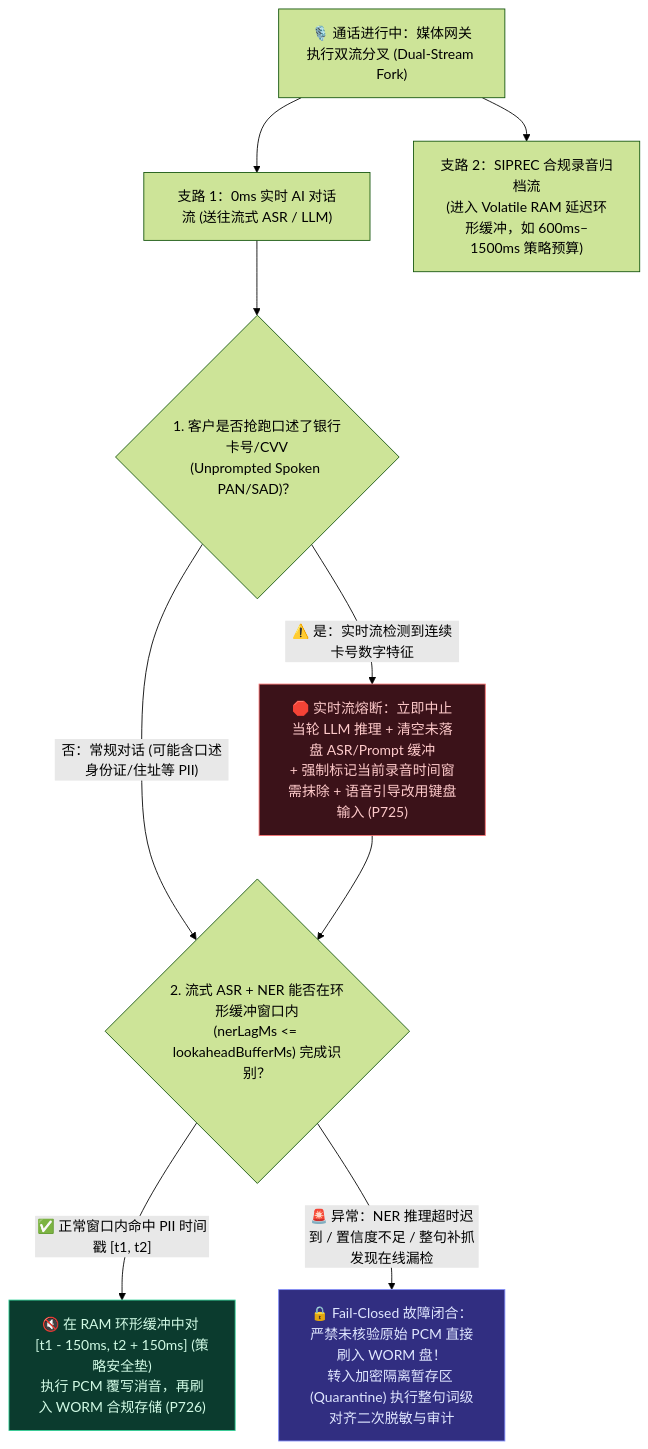
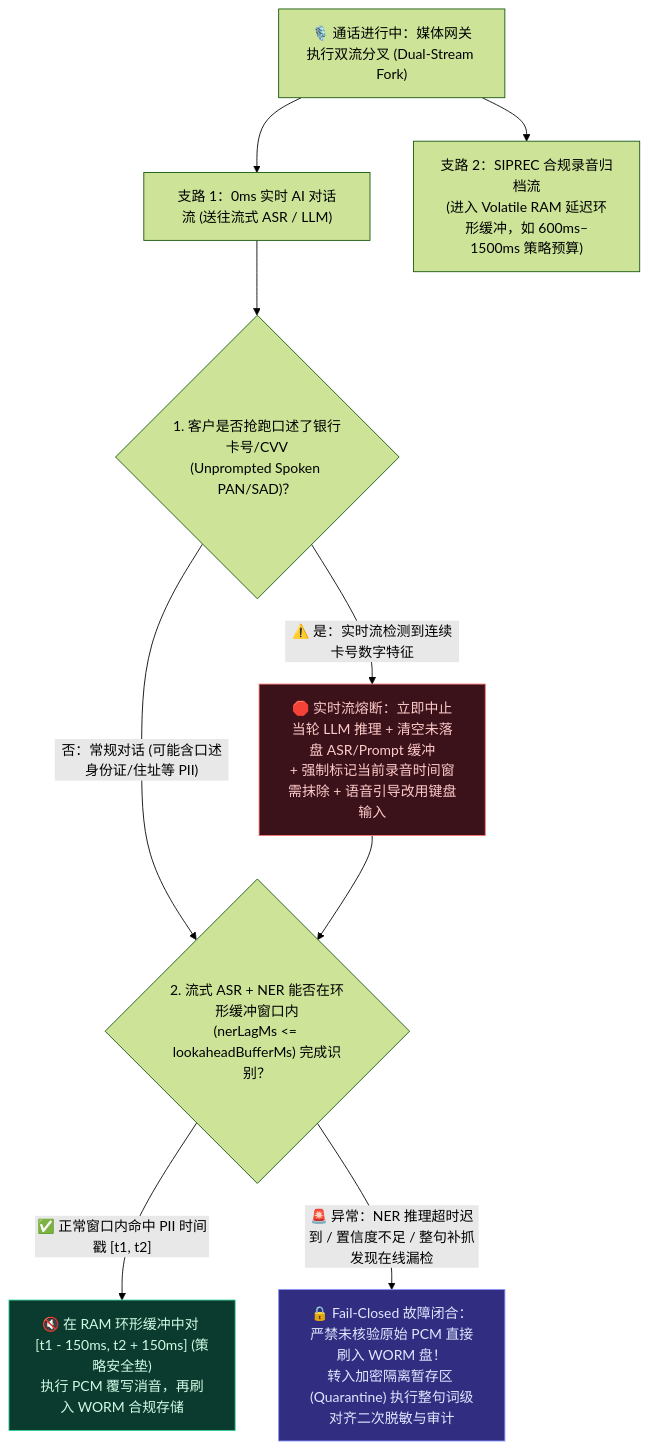
The first of 3 diagrams in docs/siprec-pii-audio-redaction-faq.md (turbo998/voice-agent-lab), drawn with Mermaid (forest theme) before and after one commit. The commit also changed other lines of this file and 715 other files, not shown here.

````diff
--- a/docs/siprec-pii-audio-redaction-faq.md
+++ b/docs/siprec-pii-audio-redaction-faq.md
@@ -63,15 +63,15 @@
 ```mermaid
 flowchart TD
-    A["🎙️ 通话进行中：媒体网关执行双流分叉 (Dual-Stream Fork)"] --> B["支路 1：0ms 实时 AI 对话流 (送往流式 ASR / LLM)"]
-    A --> C["支路 2：SIPREC 合规录音归档流<br/>(进入 Volatile RAM 延迟环形缓冲，如 600ms–1500ms 策略预算)"]
-    B --> D{"1. 客户是否抢跑口述了银行卡号/CVV<br/>(Unprompted Spoken PAN/SAD)？"}
-    D -- "⚠️ 是：实时流检测到连续卡号数字特征" --> E["🛑 实时流熔断：立即中止当轮 LLM 推理 + 清空未落盘 ASR/Prompt 缓冲<br/>+ 强制标记当前录音时间窗需抹除 + 语音引导改用键盘输入 (P725)"]
-    D -- "否：常规对话 (可能含口述身份证/住址等 PII)" --> F{"2. 流式 ASR + NER 能否在环形缓冲窗口内<br/>(nerLagMs <= lookaheadBufferMs) 完成识别？"}
-    E --> F
-    F -- "✅ 正常窗口内命中 PII 时间戳 [t1, t2]" --> G["🔇 在 RAM 环形缓冲中对 [t1 - 150ms, t2 + 150ms] (策略安全垫)<br/>执行 PCM 覆写消音，再刷入 WORM 合规存储 (P726)"]
-    F -- "🚨 异常：NER 推理超时迟到 / 置信度不足 / 整句补抓发现在线漏检" --> H["🔒 Fail-Closed 故障闭合：严禁未核验原始 PCM 直接刷入 WORM 盘！<br/>转入加密隔离暂存区 (Quarantine) 执行整句词级对齐二次脱敏与审计"]
+ A["🎙️ 通话进行中：媒体网关执行双流分叉 (Dual-Stream Fork)"] --> B["支路 1：0ms 实时 AI 对话流 (送往流式 ASR / LLM)"]
+ A --> C["支路 2：SIPREC 合规录音归档流<br/>(进入 Volatile RAM 延迟环形缓冲，如 600ms–1500ms 策略预算)"]
+ B --> D{"1. 客户是否抢跑口述了银行卡号/CVV<br/>(Unprompted Spoken PAN/SAD)？"}
+ D -- "⚠️ 是：实时流检测到连续卡号数字特征" --> E["🛑 实时流熔断：立即中止当轮 LLM 推理 + 清空未落盘 ASR/Prompt 缓冲<br/>+ 强制标记当前录音时间窗需抹除 + 语音引导改用键盘输入 "]
+ D -- "否：常规对话 (可能含口述身份证/住址等 PII)" --> F{"2. 流式 ASR + NER 能否在环形缓冲窗口内<br/>(nerLagMs <= lookaheadBufferMs) 完成识别？"}
+ E --> F
+ F -- "✅ 正常窗口内命中 PII 时间戳 [t1, t2]" --> G["🔇 在 RAM 环形缓冲中对 [t1 - 150ms, t2 + 150ms] (策略安全垫)<br/>执行 PCM 覆写消音，再刷入 WORM 合规存储 "]
+ F -- "🚨 异常：NER 推理超时迟到 / 置信度不足 / 整句补抓发现在线漏检" --> H["🔒 Fail-Closed 故障闭合：严禁未核验原始 PCM 直接刷入 WORM 盘！<br/>转入加密隔离暂存区 (Quarantine) 执行整句词级对齐二次脱敏与审计"]
 
-    style E fill:#3b1219,stroke:#f87171,color:#fecaca
-    style G fill:#0b3b2e,stroke:#34d399,color:#d1fae5
-    style H fill:#312e81,stroke:#818cf8,color:#e0e7ff
+ style E fill:#3b1219,stroke:#f87171,color:#fecaca
+ style G fill:#0b3b2e,stroke:#34d399,color:#d1fae5
+ style H fill:#312e81,stroke:#818cf8,color:#e0e7ff
 ```
````
